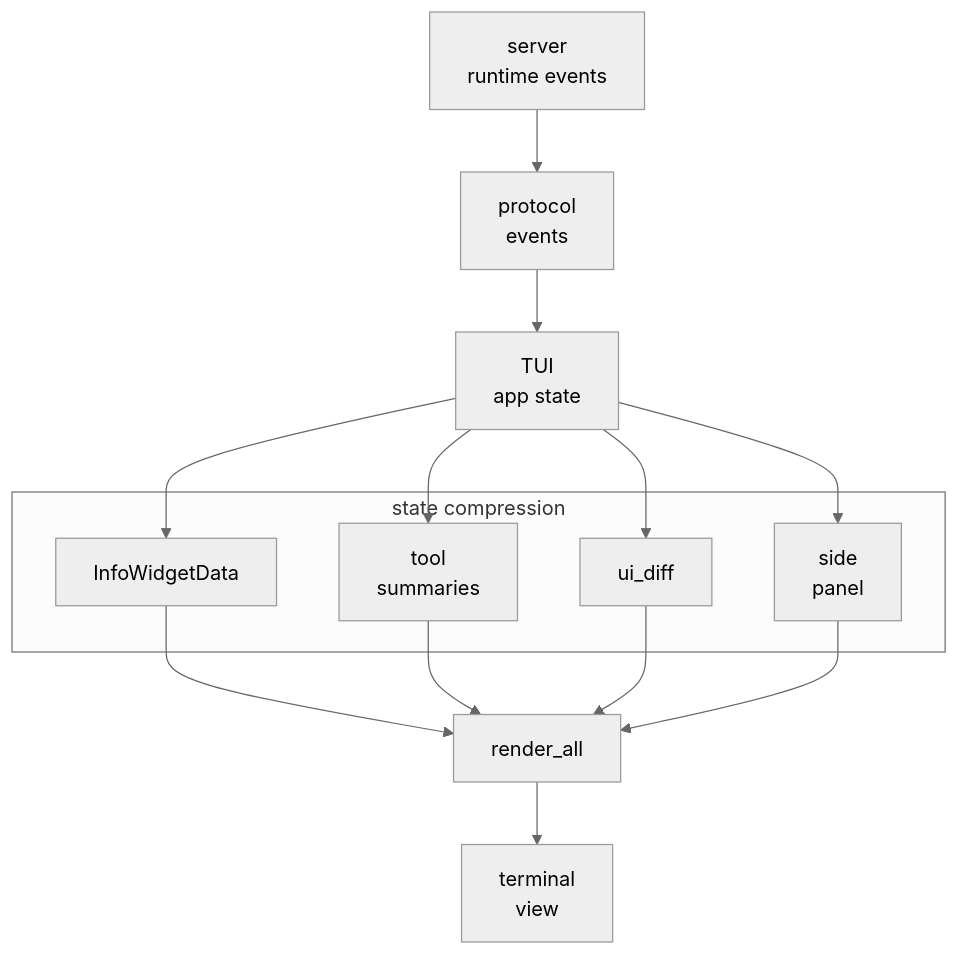
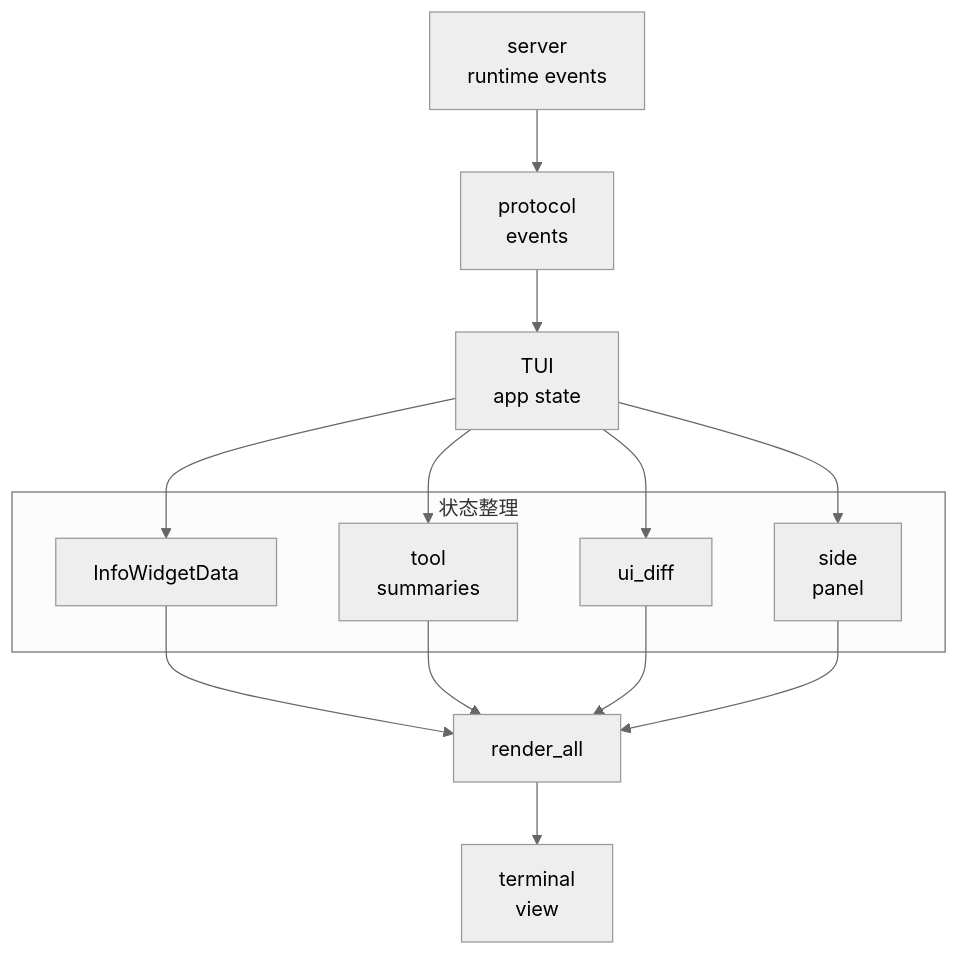
The first of 2 diagrams in docs/zh/s06-tui-observability.md (Br1an67/learn-jcode), drawn with Mermaid (neutral theme) before and after one commit. The commit also changed other lines of this file and 16 other files, not shown here.

````diff
--- a/docs/zh/s06-tui-observability.md
+++ b/docs/zh/s06-tui-observability.md
@@ -15,22 +13,22 @@
 ```mermaid
 flowchart TD
   Server["server<br/>runtime events"] --> Protocol["protocol<br/>events"]
   Protocol --> AppState["TUI<br/>app state"]
 
-  subgraph ViewState["state compression"]
+  subgraph ViewState["状态整理"]
     Widgets["InfoWidgetData"]
     Tools["tool<br/>summaries"]
     Diff["ui_diff"]
     Panel["side<br/>panel"]
   end
 
   AppState --> Widgets
   AppState --> Tools
   AppState --> Diff
   AppState --> Panel
   Widgets --> Render["render_all"]
   Tools --> Render
   Diff --> Render
   Panel --> Render
   Render --> User["terminal<br/>view"]
 ```
````
